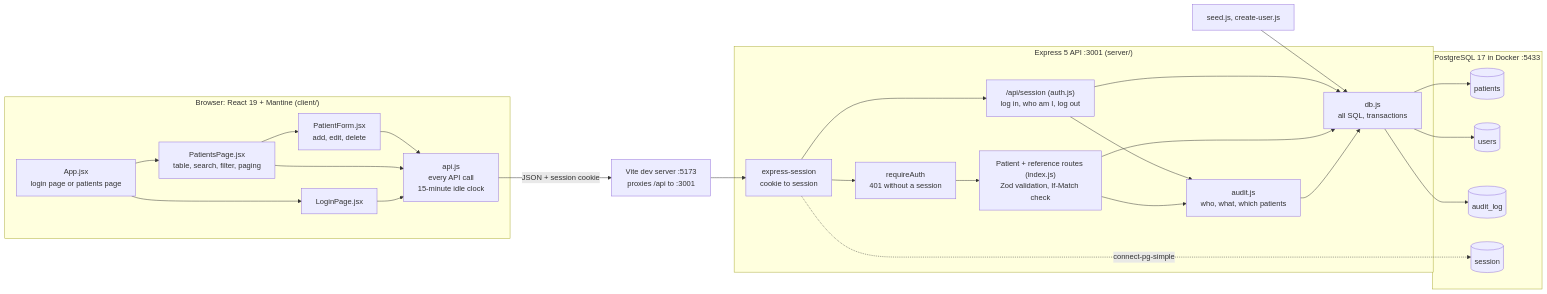
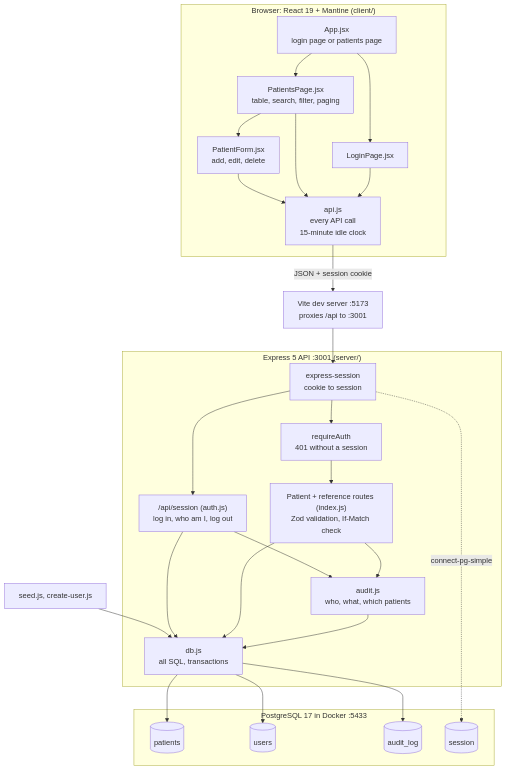
One commit to dengjulie/patient-tracker changed the first of 2 diagrams in ARCHITECTURE.md. Above: the diagram before and after it, drawn with Mermaid.

Commit message:
Lay out the architecture diagram top to bottom
Left to right, GitHub scaled the diagram down until its labels were
unreadable; top to bottom fits the page width.

````diff
--- a/ARCHITECTURE.md
+++ b/ARCHITECTURE.md
@@ -9,44 +9,44 @@
 ```mermaid
-flowchart LR
+flowchart TB
     subgraph Browser["Browser: React 19 + Mantine (client/)"]
         App["App.jsx<br/>login page or patients page"]
         Login["LoginPage.jsx"]
         List["PatientsPage.jsx<br/>table, search, filter, paging"]
         Form["PatientForm.jsx<br/>add, edit, delete"]
         Api["api.js<br/>every API call<br/>15-minute idle clock"]
         App --> Login & List
         List --> Form
         Login & List & Form --> Api
     end
 
     Vite["Vite dev server :5173<br/>proxies /api to :3001"]
 
     subgraph Server["Express 5 API :3001 (server/)"]
         Sessions["express-session<br/>cookie to session"]
         SessionRoutes["/api/session (auth.js)<br/>log in, who am I, log out"]
         Guard["requireAuth<br/>401 without a session"]
         Routes["Patient + reference routes (index.js)<br/>Zod validation, If-Match check"]
         Audit["audit.js<br/>who, what, which patients"]
         Db["db.js<br/>all SQL, transactions"]
         Sessions --> SessionRoutes
         Sessions --> Guard --> Routes
         Routes --> Audit --> Db
         Routes --> Db
         SessionRoutes --> Audit
         SessionRoutes --> Db
     end
 
     subgraph Postgres["PostgreSQL 17 in Docker :5433"]
         patients[("patients")]
         users[("users")]
         audit_log[("audit_log")]
         session[("session")]
     end
 
     Scripts["seed.js, create-user.js"]
 
     Api -- "JSON + session cookie" --> Vite --> Sessions
     Db --> patients & users & audit_log
     Sessions -. "connect-pg-simple" .-> session
     Scripts --> Db
 ```
````
